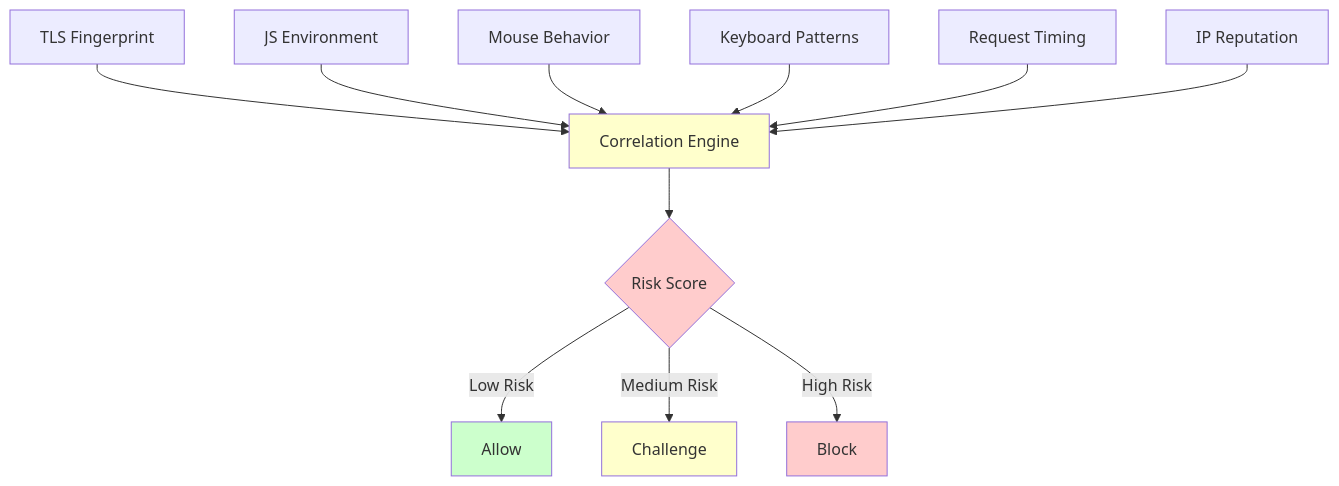
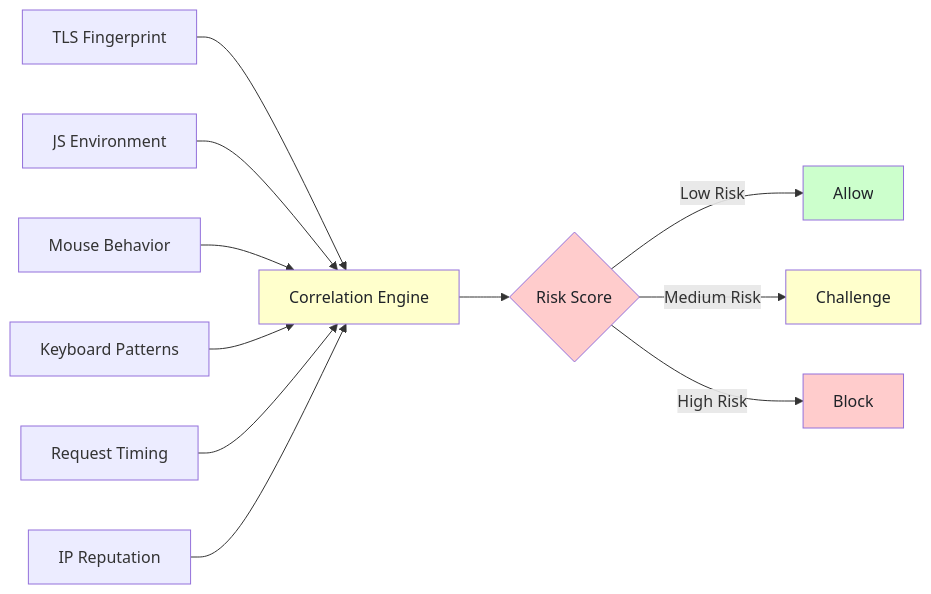
The second of 4 diagrams in _posts/2026-03-01-evolution-web-scraping-detection-methods-timeline.md (bytetunnels/bytetunnels.github.com), drawn with Mermaid before and after one commit. The commit also changed other lines of this file and 118 other files, not shown here.

Commit message:
feat: improve diagram styling and compact wide flowcharts

````diff
--- a/_posts/2026-03-01-evolution-web-scraping-detection-methods-timeline.md
+++ b/_posts/2026-03-01-evolution-web-scraping-detection-methods-timeline.md
@@ -429,19 +427,19 @@
 ```mermaid
-graph TD
+graph LR
     A[TLS Fingerprint] --> F[Correlation Engine]
     B[JS Environment] --> F
     C[Mouse Behavior] --> F
     D[Keyboard Patterns] --> F
     E[Request Timing] --> F
     G[IP Reputation] --> F
     F --> H{Risk Score}
     H -->|Low Risk| I[Allow]
     H -->|Medium Risk| J[Challenge]
     H -->|High Risk| K[Block]
 
-    style F fill:#ffffcc
-    style H fill:#ffcccc
-    style I fill:#ccffcc
-    style J fill:#ffffcc
-    style K fill:#ffcccc
+    style F fill:#ffffcc,color:#1f2328
+    style H fill:#ffcccc,color:#1f2328
+    style I fill:#ccffcc,color:#1f2328
+    style J fill:#ffffcc,color:#1f2328
+    style K fill:#ffcccc,color:#1f2328
 ```
````
